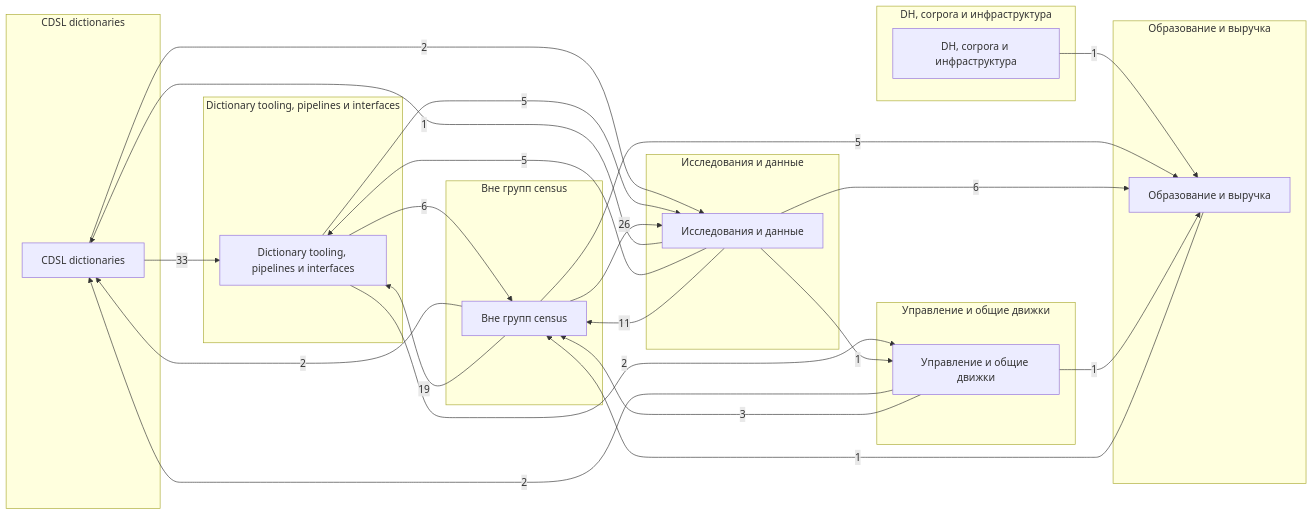
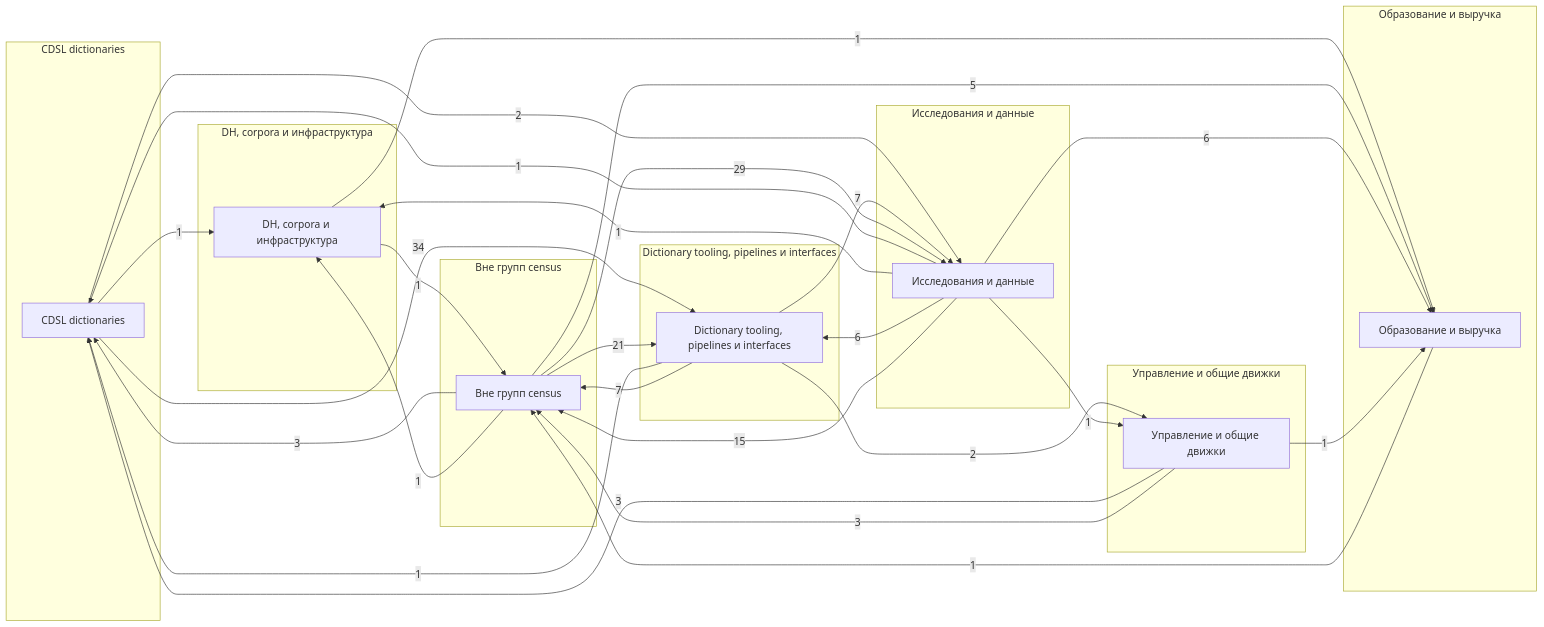
Before and after one commit to gasyoun/SanskritGrammar: the second of 2 diagrams in sangram/atlas/dependencies.mdx, drawn with Mermaid. The commit also changed 8 other files, not shown here.

````diff
--- a/sangram/atlas/dependencies.mdx
+++ b/sangram/atlas/dependencies.mdx
@@ -63,44 +63,49 @@
 ```mermaid
 flowchart LR
   accTitle: Кластеризованный граф зависимостей репозиториев
   subgraph "CDSL dictionaries"
     c0["CDSL dictionaries"]
   end
   subgraph "DH, corpora и инфраструктура"
     c1["DH, corpora и инфраструктура"]
   end
   subgraph "Dictionary tooling, pipelines и interfaces"
     c2["Dictionary tooling, pipelines и interfaces"]
   end
   subgraph "Вне групп census"
     c3["Вне групп census"]
   end
   subgraph "Исследования и данные"
     c4["Исследования и данные"]
   end
   subgraph "Образование и выручка"
     c5["Образование и выручка"]
   end
   subgraph "Управление и общие движки"
     c6["Управление и общие движки"]
   end
-  c0 -- "33" --> c2
+  c0 -- "1" --> c1
+  c0 -- "34" --> c2
   c0 -- "2" --> c4
+  c1 -- "1" --> c3
   c1 -- "1" --> c5
-  c2 -- "6" --> c3
-  c2 -- "5" --> c4
+  c2 -- "1" --> c0
+  c2 -- "7" --> c3
+  c2 -- "7" --> c4
   c2 -- "2" --> c6
-  c3 -- "2" --> c0
-  c3 -- "19" --> c2
-  c3 -- "26" --> c4
+  c3 -- "3" --> c0
+  c3 -- "1" --> c1
+  c3 -- "21" --> c2
+  c3 -- "29" --> c4
   c3 -- "5" --> c5
   c4 -- "1" --> c0
-  c4 -- "5" --> c2
-  c4 -- "11" --> c3
+  c4 -- "1" --> c1
+  c4 -- "6" --> c2
+  c4 -- "15" --> c3
   c4 -- "6" --> c5
   c4 -- "1" --> c6
   c5 -- "1" --> c3
-  c6 -- "2" --> c0
+  c6 -- "3" --> c0
   c6 -- "3" --> c3
   c6 -- "1" --> c5
 ```
````
